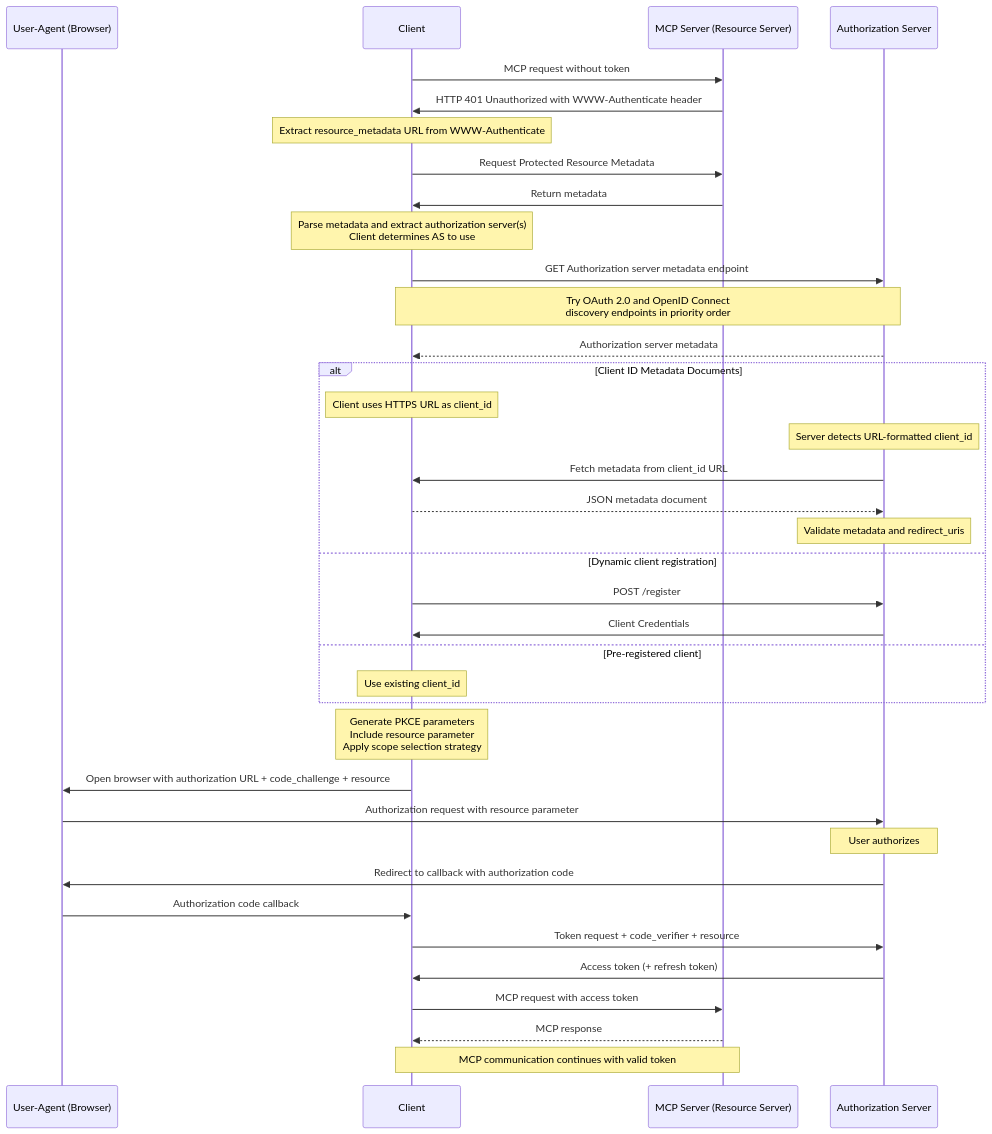
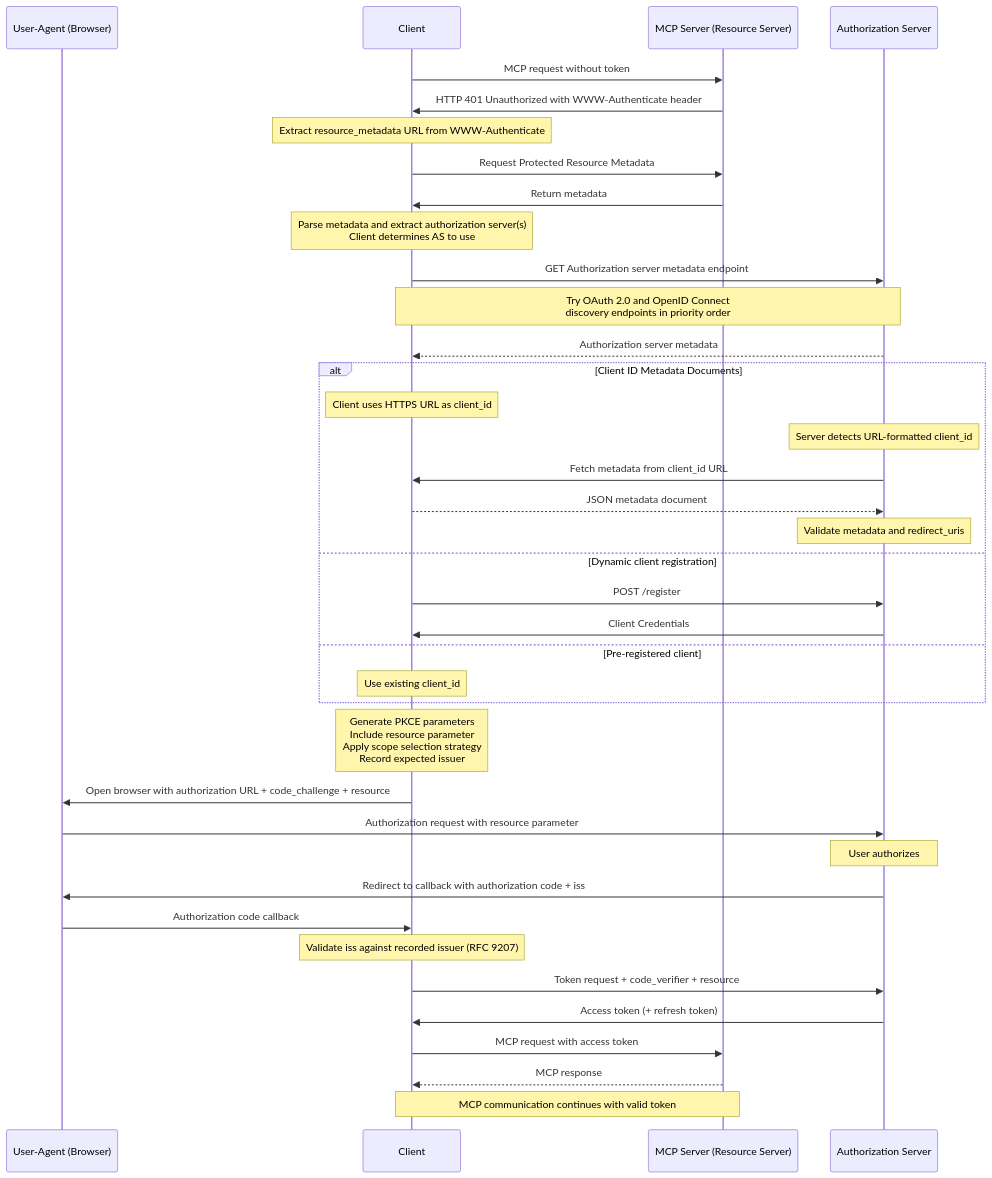
One commit to NickCollect/ai-coding-runbook changed the third of 3 diagrams in 01_Raw/github/modelcontextprotocol/modelcontextprotocol/docs/specification/draft/basic/authorization.mdx. Above: the diagram before and after it, drawn with Mermaid. The commit also changed other lines of this file and 151 other files, not shown here.

````diff
--- a/01_Raw/github/modelcontextprotocol/modelcontextprotocol/docs/specification/draft/basic/authorization.mdx
+++ b/01_Raw/github/modelcontextprotocol/modelcontextprotocol/docs/specification/draft/basic/authorization.mdx
@@ -442,45 +445,46 @@
 ```mermaid
 sequenceDiagram
     participant B as User-Agent (Browser)
     participant C as Client
     participant M as MCP Server (Resource Server)
     participant A as Authorization Server
 
     C->>M: MCP request without token
     M->>C: HTTP 401 Unauthorized with WWW-Authenticate header
     Note over C: Extract resource_metadata URL from WWW-Authenticate
 
     C->>M: Request Protected Resource Metadata
     M->>C: Return metadata
 
     Note over C: Parse metadata and extract authorization server(s)<br/>Client determines AS to use
 
     C->>A: GET Authorization server metadata endpoint
     Note over C,A: Try OAuth 2.0 and OpenID Connect<br/>discovery endpoints in priority order
     A-->>C: Authorization server metadata
 
     alt Client ID Metadata Documents
         Note over C: Client uses HTTPS URL as client_id
         Note over A: Server detects URL-formatted client_id
         A->>C: Fetch metadata from client_id URL
         C-->>A: JSON metadata document
         Note over A: Validate metadata and redirect_uris
     else Dynamic client registration
         C->>A: POST /register
         A->>C: Client Credentials
     else Pre-registered client
         Note over C: Use existing client_id
     end
 
-    Note over C: Generate PKCE parameters<br/>Include resource parameter<br/>Apply scope selection strategy
+    Note over C: Generate PKCE parameters<br/>Include resource parameter<br/>Apply scope selection strategy<br/>Record expected issuer
     C->>B: Open browser with authorization URL + code_challenge + resource
     B->>A: Authorization request with resource parameter
     Note over A: User authorizes
-    A->>B: Redirect to callback with authorization code
+    A->>B: Redirect to callback with authorization code + iss
     B->>C: Authorization code callback
+    Note over C: Validate iss against recorded issuer (RFC 9207)
     C->>A: Token request + code_verifier + resource
     A->>C: Access token (+ refresh token)
     C->>M: MCP request with access token
     M-->>C: MCP response
     Note over C,M: MCP communication continues with valid token
 ```
````
